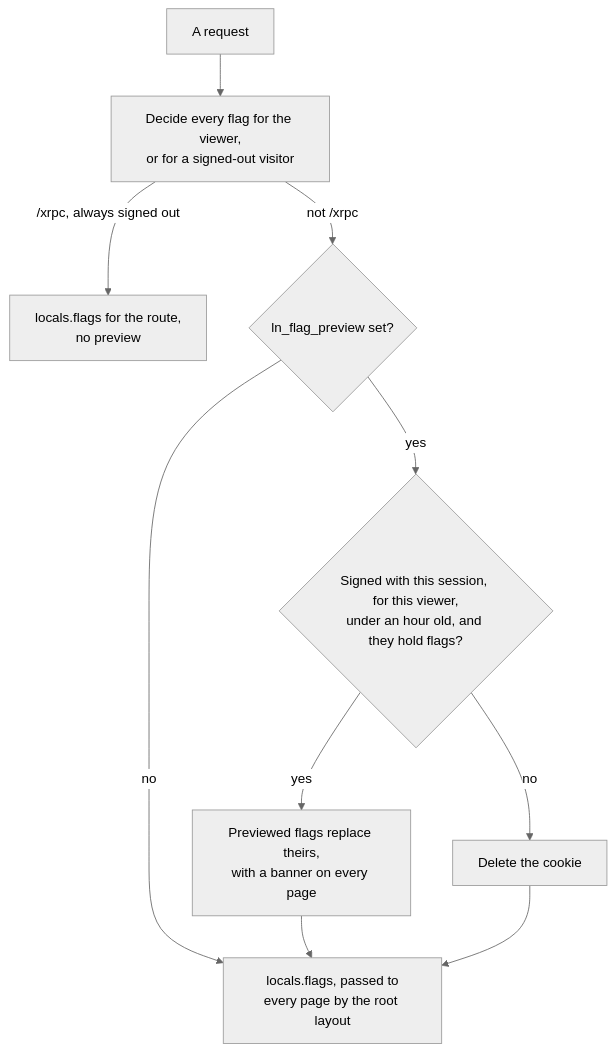
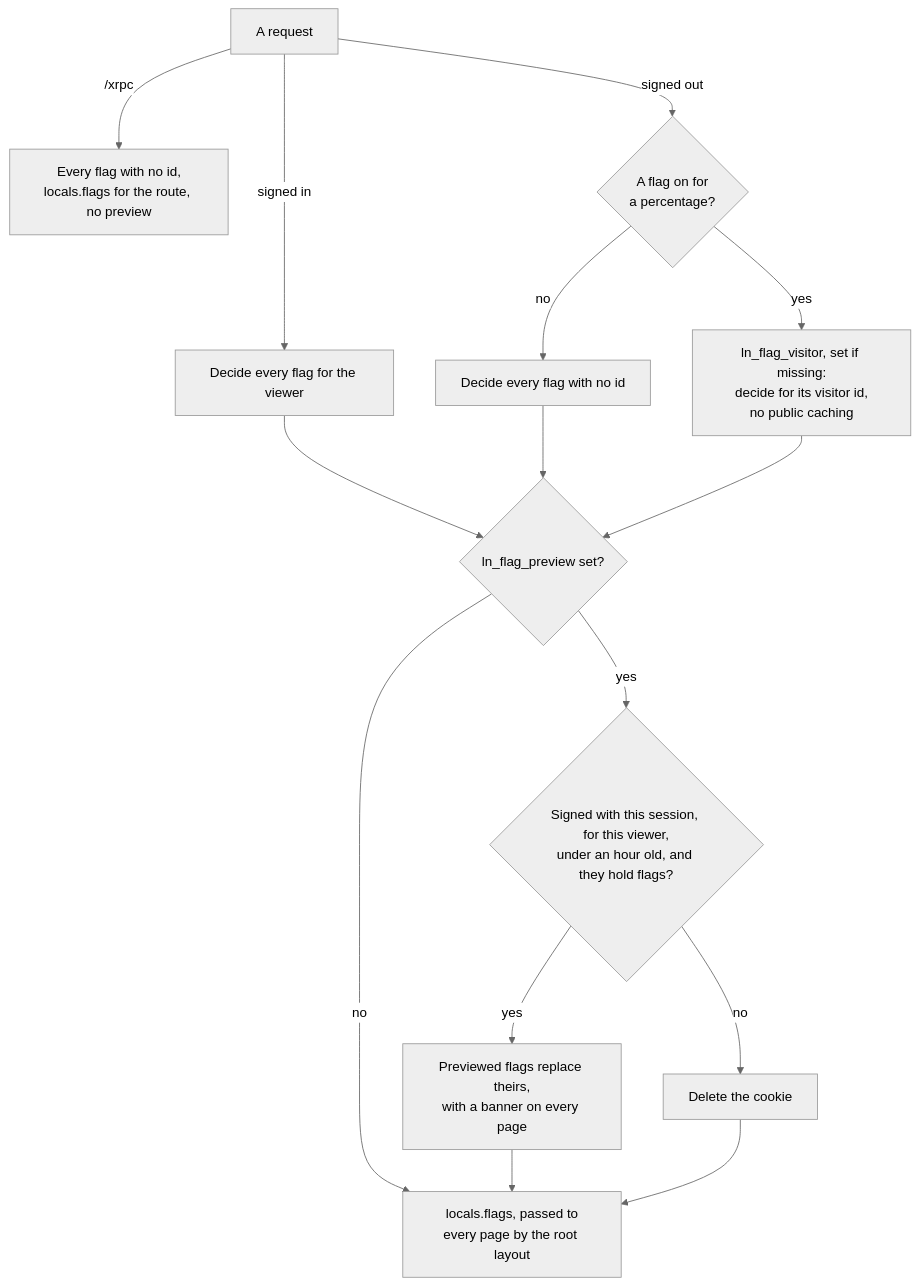
One commit to cutenode/localnetwork changed the second of 5 diagrams in apps/web/docs/diagrams/flags.md. Above: the diagram before and after it, drawn with Mermaid (neutral theme). The commit also changed other lines of this file and 30 other files, not shown here.

First line of the commit message:
feat(web): say which pages a flag shows on, and count signed-out visitors in a rollout

````diff
--- a/apps/web/docs/diagrams/flags.md
+++ b/apps/web/docs/diagrams/flags.md
@@ -39,12 +39,17 @@
 ```mermaid
 flowchart TD
-  Request["A request"] --> Decide["Decide every flag for the viewer,<br/>or for a signed-out visitor"]
-  Decide -- "/xrpc, always signed out" --> Route["locals.flags for the route,<br/>no preview"]
-  Decide -- "not /xrpc" --> Cookie{"ln_flag_preview set?"}
+  Request["A request"] -- "/xrpc" --> Route["Every flag with no id,<br/>locals.flags for the route, no preview"]
+  Request -- "signed in" --> Decide["Decide every flag for the viewer"]
+  Request -- "signed out" --> Share{"A flag on for<br/>a percentage?"}
+  Share -- "no" --> Nobody["Decide every flag with no id"]
+  Share -- "yes" --> Visitor["ln_flag_visitor, set if missing:<br/>decide for its visitor id,<br/>no public caching"]
+  Decide --> Cookie{"ln_flag_preview set?"}
+  Nobody --> Cookie
+  Visitor --> Cookie
   Cookie -- "no" --> Locals["locals.flags, passed to<br/>every page by the root layout"]
   Cookie -- "yes" --> Valid{"Signed with this session, for this viewer,<br/>under an hour old, and they hold flags?"}
   Valid -- "yes" --> Merge["Previewed flags replace theirs,<br/>with a banner on every page"]
   Merge --> Locals
   Valid -- "no" --> Drop["Delete the cookie"]
   Drop --> Locals
 ```
````
